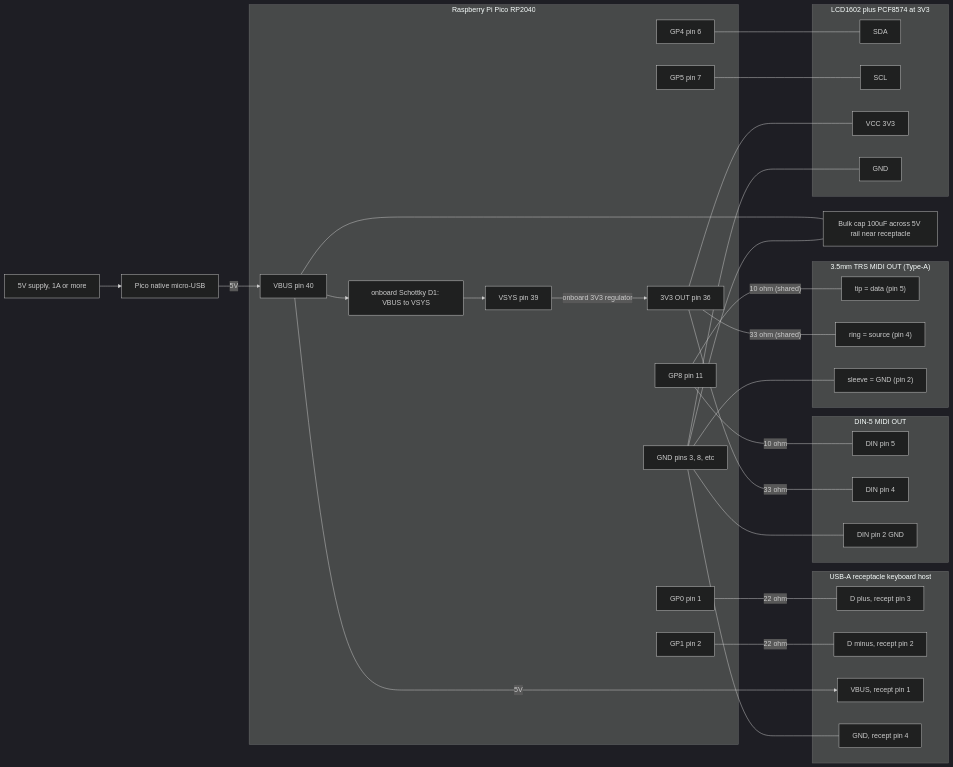
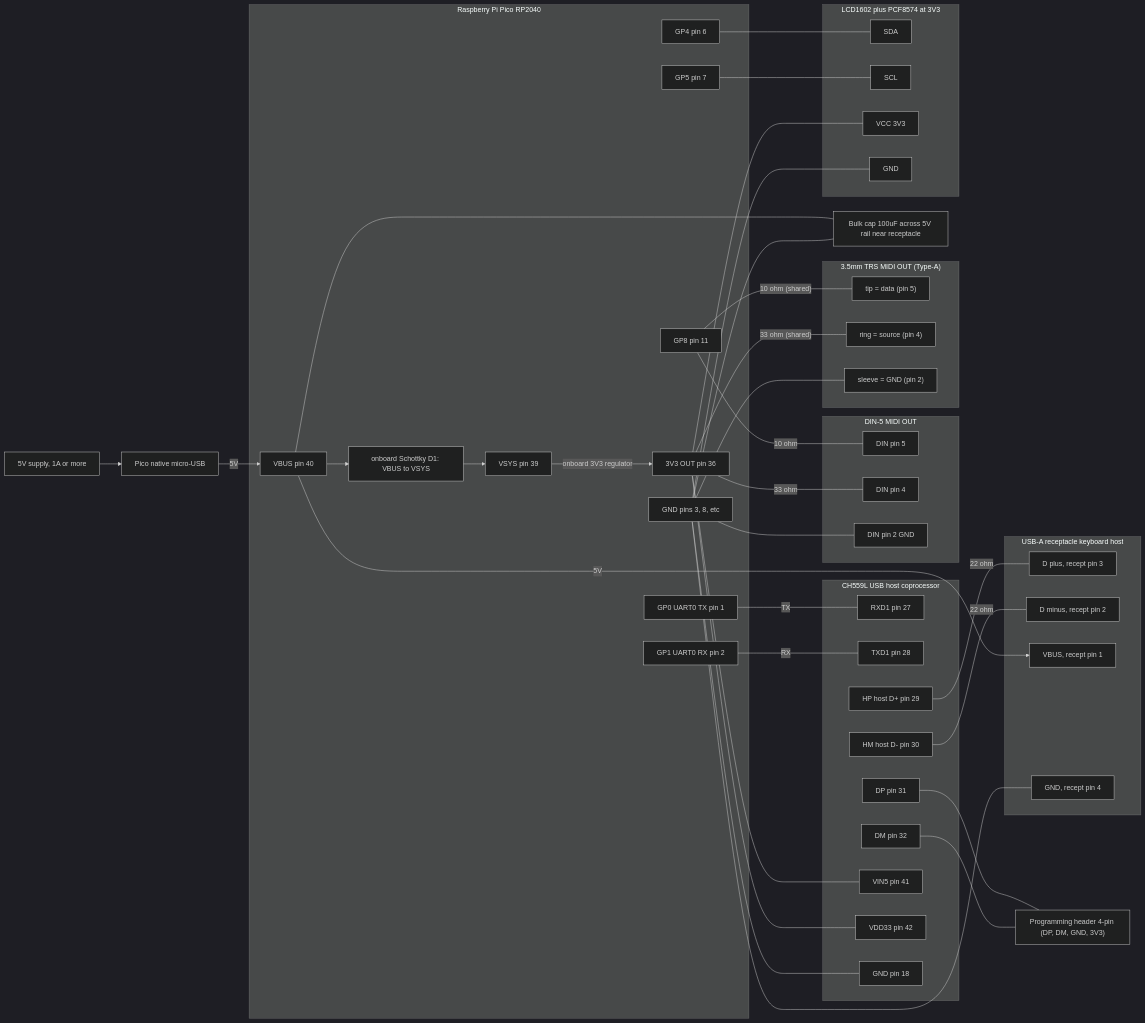
Before and after one commit to t-bowzer/KCPico: the diagram in docs/wiring.md, drawn with Mermaid (dark theme). The commit also changed other lines of this file and 4 other files, not shown here.

Commit message:
Adopt CH559 USB-host coprocessor (M12): spec, wiring, BOM, flashing docs

```diff
--- a/docs/wiring.md
+++ b/docs/wiring.md
@@ -30,11 +30,23 @@
         VSYS["VSYS pin 39"]
         V33["3V3 OUT pin 36"]
         GND["GND pins 3, 8, etc"]
-        GP0["GP0 pin 1"]
-        GP1["GP1 pin 2"]
+        GP0["GP0 UART0 TX pin 1"]
+        GP1["GP1 UART0 RX pin 2"]
         GP4["GP4 pin 6"]
         GP5["GP5 pin 7"]
         GP8["GP8 pin 11"]
+    end
+
+    subgraph CH559["CH559L USB host coprocessor"]
+        C_RX["RXD1 pin 27"]
+        C_TX["TXD1 pin 28"]
+        C_HP["HP host D+ pin 29"]
+        C_HM["HM host D- pin 30"]
+        C_DP["DP pin 31"]
+        C_DM["DM pin 32"]
+        C_VIN5["VIN5 pin 41"]
+        C_VDD["VDD33 pin 42"]
+        C_GN["GND pin 18"]
     end
 
     subgraph KBD["USB-A receptacle keyboard host"]
@@ -43,6 +55,8 @@
         KVB["VBUS, recept pin 1"]
         KGN["GND, recept pin 4"]
     end
+
+    PROG["Programming header 4-pin (DP, DM, GND, 3V3)"]
 
     subgraph DIN["DIN-5 MIDI OUT"]
         D5["DIN pin 5"]
@@ -75,8 +89,15 @@
     VBUS --- CAP
     GND --- CAP
 
-    GP0 ---|"22 ohm"| KDP
-    GP1 ---|"22 ohm"| KDM
+    GP0 ---|"TX"| C_RX
+    GP1 ---|"RX"| C_TX
+    V33 --- C_VIN5
+    V33 --- C_VDD
+    GND --- C_GN
+    C_HP ---|"22 ohm"| KDP
+    C_HM ---|"22 ohm"| KDM
+    C_DP --- PROG
+    C_DM --- PROG
 
     GP8 ---|"10 ohm"| D5
     V33 ---|"33 ohm"| D4
```
